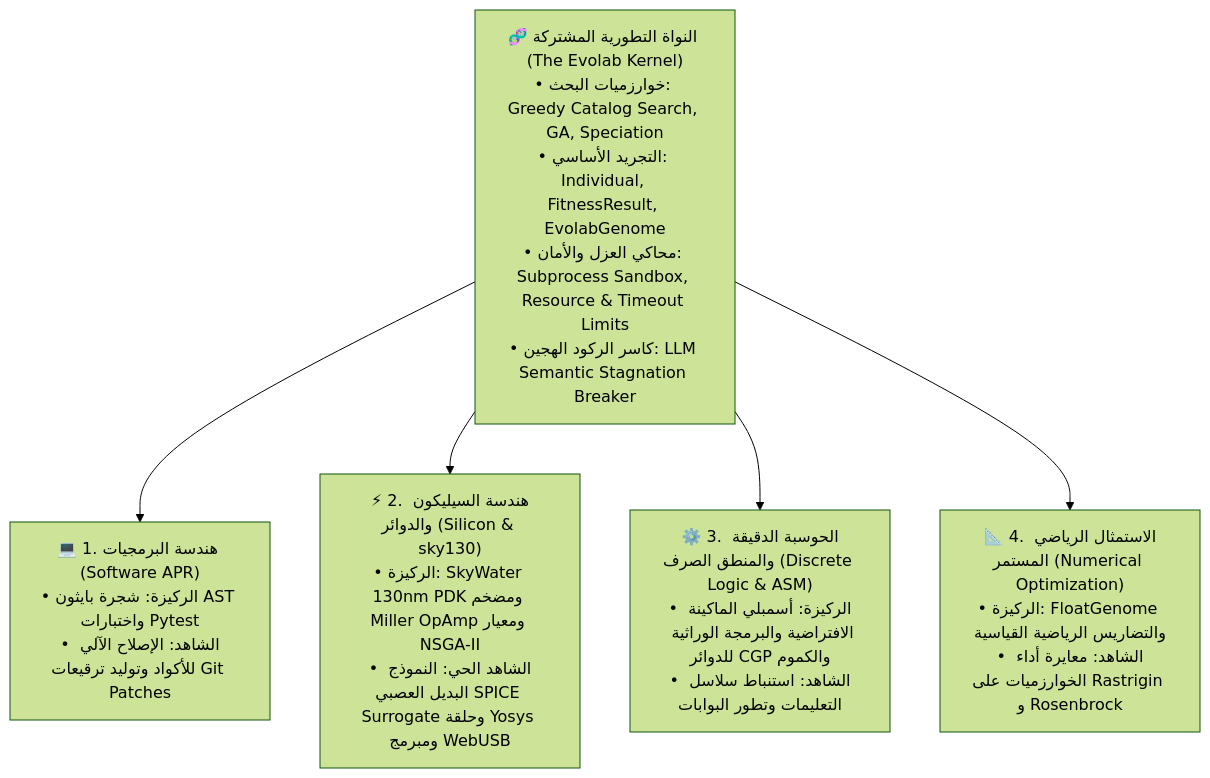
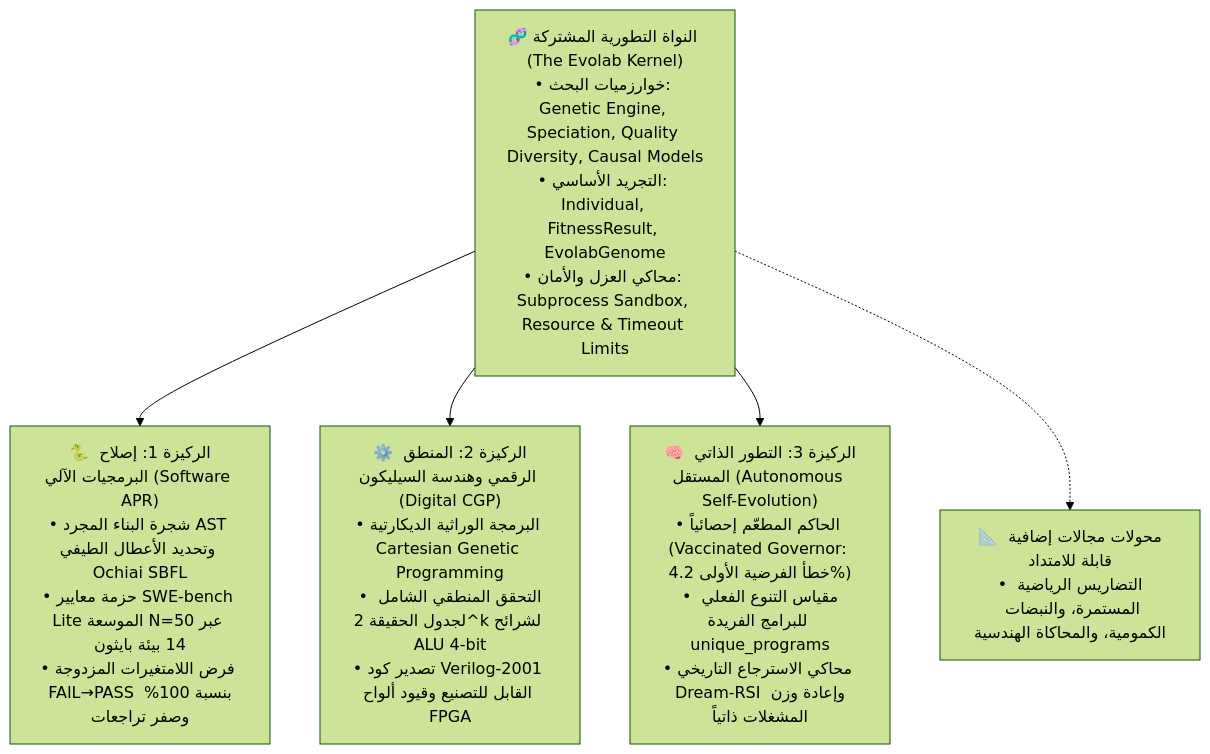
The first of 2 diagrams in README_ar.md (bio-colab/darwin-evolab), drawn with Mermaid (forest theme) before and after one commit. The commit also changed other lines of this file and 15 other files, not shown here.

First line of the commit message:
docs(core): overhaul documentation, marketing positioning, Dual-System architecture, and 3 Pillars of Self-Evolution (v0.6.0)

````diff
--- a/README_ar.md
+++ b/README_ar.md
@@ -41,12 +47,12 @@
 ```mermaid
 graph TD
-    Kernel["🧬 النواة التطورية المشتركة (The Evolab Kernel)<br/>• خوارزميات البحث: Greedy Catalog Search, GA, Speciation<br/>• التجريد الأساسي: Individual, FitnessResult, EvolabGenome<br/>• محاكي العزل والأمان: Subprocess Sandbox, Resource & Timeout Limits<br/>• كاسر الركود الهجين: LLM Semantic Stagnation Breaker"]
+    Kernel["🧬 النواة التطورية المشتركة (The Evolab Kernel)<br/>• خوارزميات البحث: Genetic Engine, Speciation, Quality Diversity, Causal Models<br/>• التجريد الأساسي: Individual, FitnessResult, EvolabGenome<br/>• محاكي العزل والأمان: Subprocess Sandbox, Resource & Timeout Limits"]
 
-    Kernel --> Domain1["💻 1. هندسة البرمجيات (Software APR)<br/>• الركيزة: شجرة بايثون AST واختبارات Pytest<br/>• الشاهد: الإصلاح الآلي للأكواد وتوليد ترقيعات Git Patches"]
-    
-    Kernel --> Domain2["⚡ 2. هندسة السيليكون والدوائر (Silicon & sky130)<br/>• الركيزة: SkyWater 130nm PDK ومضخم Miller OpAmp ومعيار NSGA-II<br/>• الشاهد الحي: النموذج البديل العصبي SPICE Surrogate وحلقة Yosys ومبرمج WebUSB"]
+    Kernel --> Driver1["🐍 الركيزة 1: إصلاح البرمجيات الآلي (Software APR)<br/>• شجرة البناء المجرد AST وتحديد الأعطال الطيفي Ochiai SBFL<br/>• حزمة معايير SWE-bench Lite الموسعة N=50 عبر 14 بيئة بايثون<br/>• فرض اللامتغيرات المزدوجة FAIL→PASS بنسبة 100% وصفر تراجعات"]
 
-    Kernel --> Domain3["⚙️ 3. الحوسبة الدقيقة والمنطق الصرف (Discrete Logic & ASM)<br/>• الركيزة: أسمبلي الماكينة الافتراضية والبرمجة الوراثية للدوائر CGP والكموم<br/>• الشاهد: استنباط سلاسل التعليمات وتطور البوابات"]
+    Kernel --> Driver2["⚙️ الركيزة 2: المنطق الرقمي وهندسة السيليكون (Digital CGP)<br/>• البرمجة الوراثية الديكارتية Cartesian Genetic Programming<br/>• التحقق المنطقي الشامل لجدول الحقيقة 2^k لشرائح ALU 4-bit<br/>• تصدير كود Verilog-2001 القابل للتصنيع وقيود ألواح FPGA"]
 
-    Kernel --> Domain4["📐 4. الاستمثال الرياضي المستمر (Numerical Optimization)<br/>• الركيزة: FloatGenome والتضاريس الرياضية القياسية<br/>• الشاهد: معايرة أداء الخوارزميات على Rastrigin و Rosenbrock"]
+    Kernel --> Driver3["🧠 الركيزة 3: التطور الذاتي المستقل (Autonomous Self-Evolution)<br/>• الحاكم المطعّم إحصائياً (Vaccinated Governor: خطأ الفرضية الأولى 4.2%)<br/>• مقياس التنوع الفعلي للبرامج الفريدة unique_programs<br/>• محاكي الاسترجاع التاريخي Dream-RSI وإعادة وزن المشغلات ذاتياً"]
+
+    Kernel -.-> DriverExt["📐 محولات مجالات إضافية قابلة للامتداد<br/>• التضاريس الرياضية المستمرة، والنبضات الكمومية، والمحاكاة الهندسية"]
 ```
````
